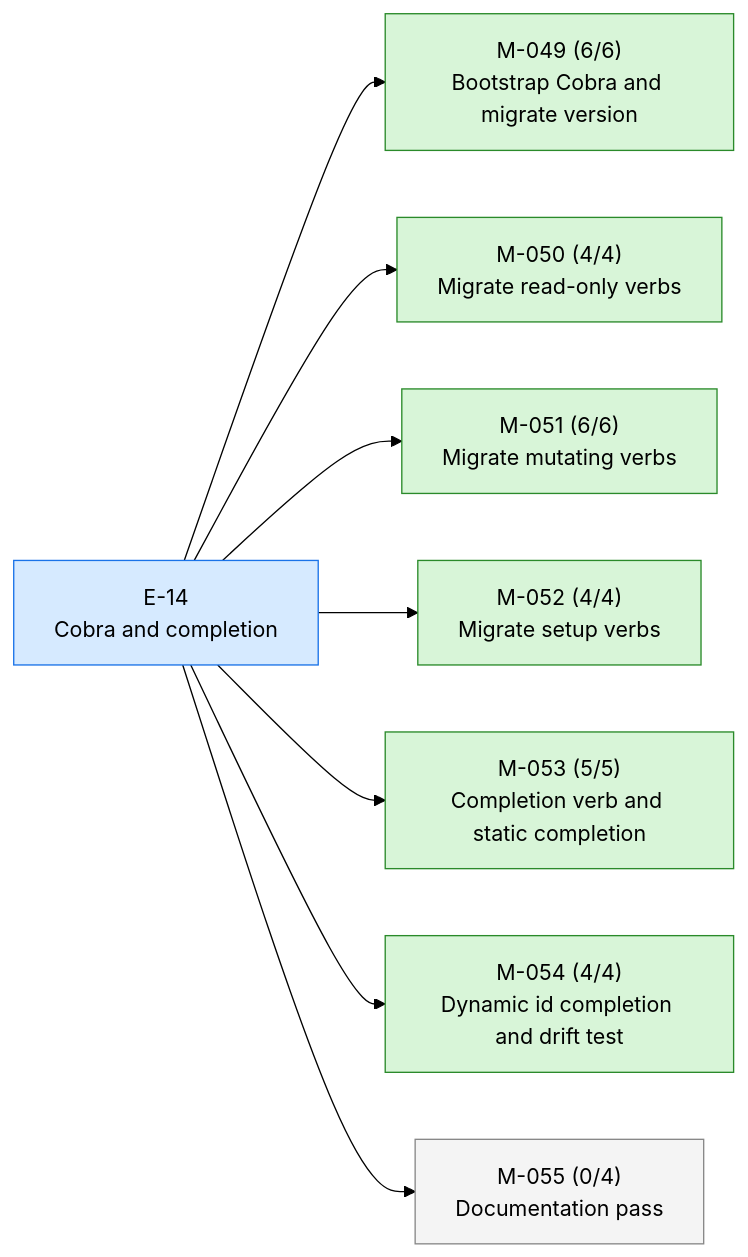
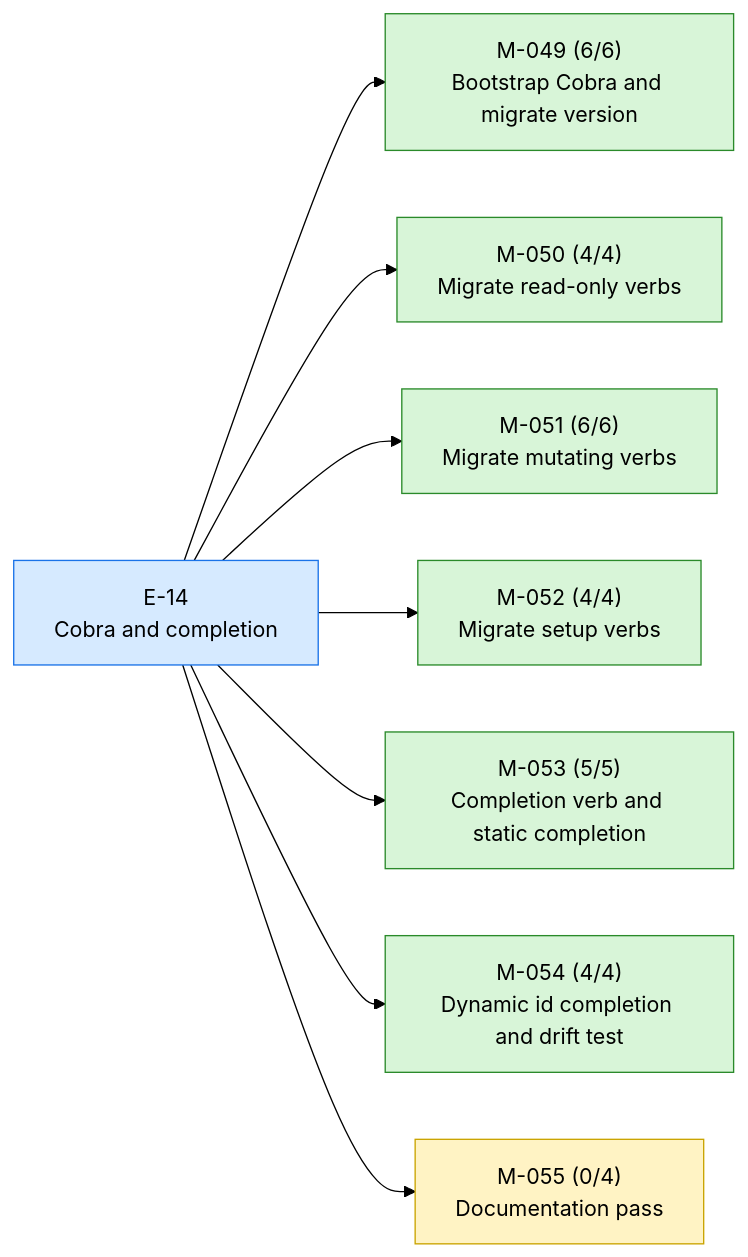
One commit to 23min/aiwf changed the first of 2 diagrams in STATUS.md. Above: the diagram before and after it, drawn with Mermaid (forest theme). The commit also changed other lines of this file and 1 other file, not shown here.

First line of the commit message:
aiwf promote M-055 draft -> in_progress

````diff
--- a/STATUS.md
+++ b/STATUS.md
@@ -17,24 +17,24 @@
 ```mermaid
 flowchart LR
   E_14["E-14<br/>Cobra and completion"]:::epic_active
   M_049["M-049 (6/6)<br/>Bootstrap Cobra and migrate version"]:::ms_done
   E_14 --> M_049
   M_050["M-050 (4/4)<br/>Migrate read-only verbs"]:::ms_done
   E_14 --> M_050
   M_051["M-051 (6/6)<br/>Migrate mutating verbs"]:::ms_done
   E_14 --> M_051
   M_052["M-052 (4/4)<br/>Migrate setup verbs"]:::ms_done
   E_14 --> M_052
   M_053["M-053 (5/5)<br/>Completion verb and static completion"]:::ms_done
   E_14 --> M_053
   M_054["M-054 (4/4)<br/>Dynamic id completion and drift test"]:::ms_done
   E_14 --> M_054
-  M_055["M-055 (0/4)<br/>Documentation pass"]:::ms_draft
+  M_055["M-055 (0/4)<br/>Documentation pass"]:::ms_in_progress
   E_14 --> M_055
   classDef epic_active fill:#d6eaff,stroke:#1a73e8,color:#000
   classDef epic_proposed fill:#f4f4f4,stroke:#888,color:#000
   classDef ms_done fill:#d8f5d8,stroke:#2a8a2a,color:#000
   classDef ms_in_progress fill:#fff3c4,stroke:#caa400,color:#000
   classDef ms_draft fill:#f4f4f4,stroke:#888,color:#000
   classDef ms_cancelled fill:#fbeaea,stroke:#c33,color:#000
 ```
````
